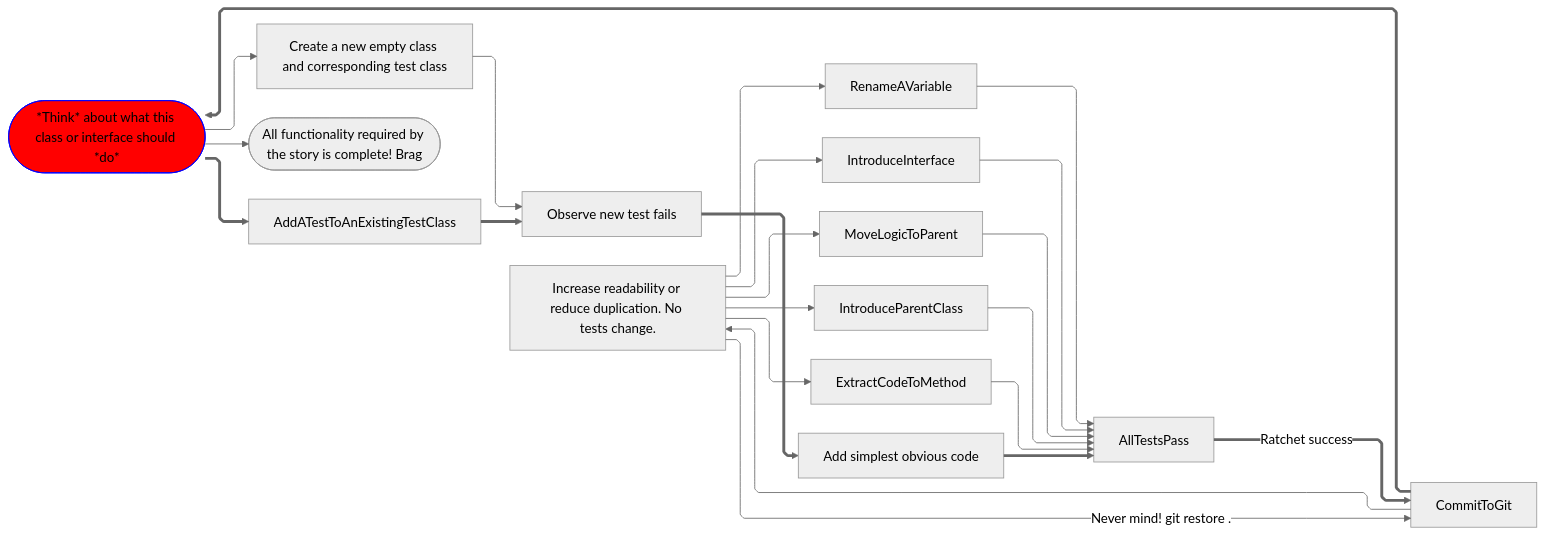
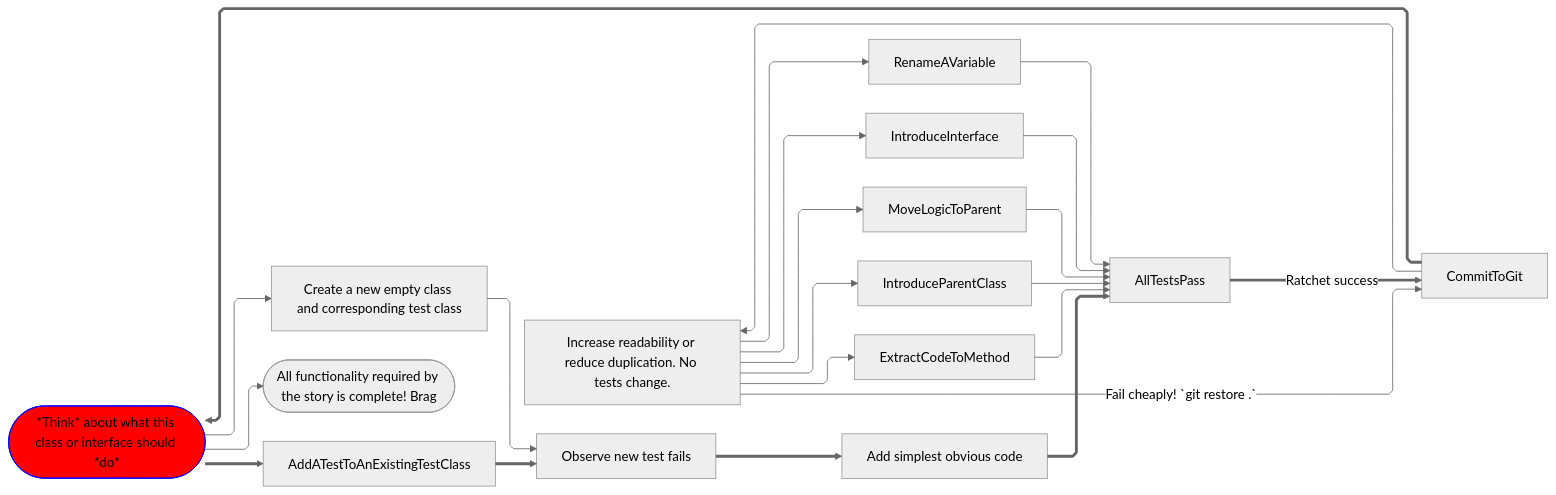
Before and after one commit to Billy-Spearman-WCCI/RaceCarExtension: the third of 5 diagrams in README.md, drawn with Mermaid (neutral theme).

Commit message:
Better layout

````diff
--- a/README.md
+++ b/README.md
@@ -891,27 +891,27 @@
 ```mermaid
 %%{init: { 'flowchart': { 'curve': 'monotoneX', "defaultRenderer": "elk"}} }%%
 graph LR;
+CommitToGit-->MakeImprovements["Increase readability or reduce duplication. No tests change."]
 CommitToGit==>Think(["*Think* about what this class or interface should *do*"])
 classDef thinkStyle fill:#f00,stroke:#00f
 class Think thinkStyle;
 Think-->CreateANewClass["Create a new empty class and corresponding test class"]
 Think-->DONE(["All functionality required by the story is complete! Brag"])
 CreateANewClass-->AddATest["Observe new test fails"]
 Think==>AddATestToAnExistingTestClass
 AddATestToAnExistingTestClass==>AddATest
 AllTestsPass==>|"Ratchet success"|CommitToGit
-CommitToGit-->MakeImprovements["Increase readability or reduce duplication. No tests change."]
 MakeImprovements-->RenameAVariable
-RenameAVariable-->AllTestsPass
+RenameAVariable--->AllTestsPass
 MakeImprovements-->IntroduceInterface
-IntroduceInterface-->AllTestsPass
+IntroduceInterface--->AllTestsPass
 MakeImprovements-->MoveLogicToParent
-MoveLogicToParent-->AllTestsPass
+MoveLogicToParent--->AllTestsPass
 MakeImprovements-->IntroduceParentClass
-IntroduceParentClass-->AllTestsPass
+IntroduceParentClass--->AllTestsPass
 MakeImprovements-->ExtractCodeToMethod
-ExtractCodeToMethod-->AllTestsPass
+ExtractCodeToMethod--->AllTestsPass
 AddATest==>WriteCode["Add simplest obvious code"]
 WriteCode==>AllTestsPass
-MakeImprovements-->|"Never mind! git restore ."|CommitToGit
+MakeImprovements-->|"Fail cheaply! `git restore .`"|CommitToGit
 ```
````
